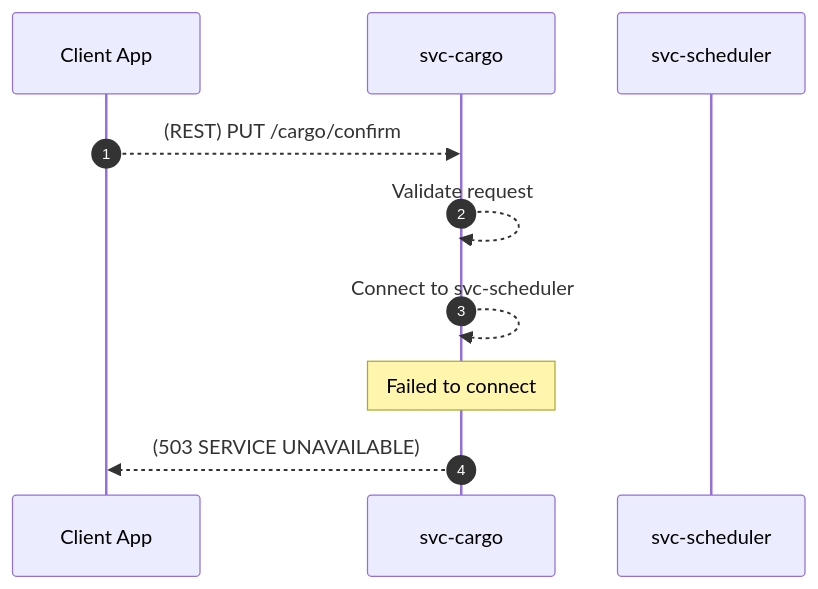
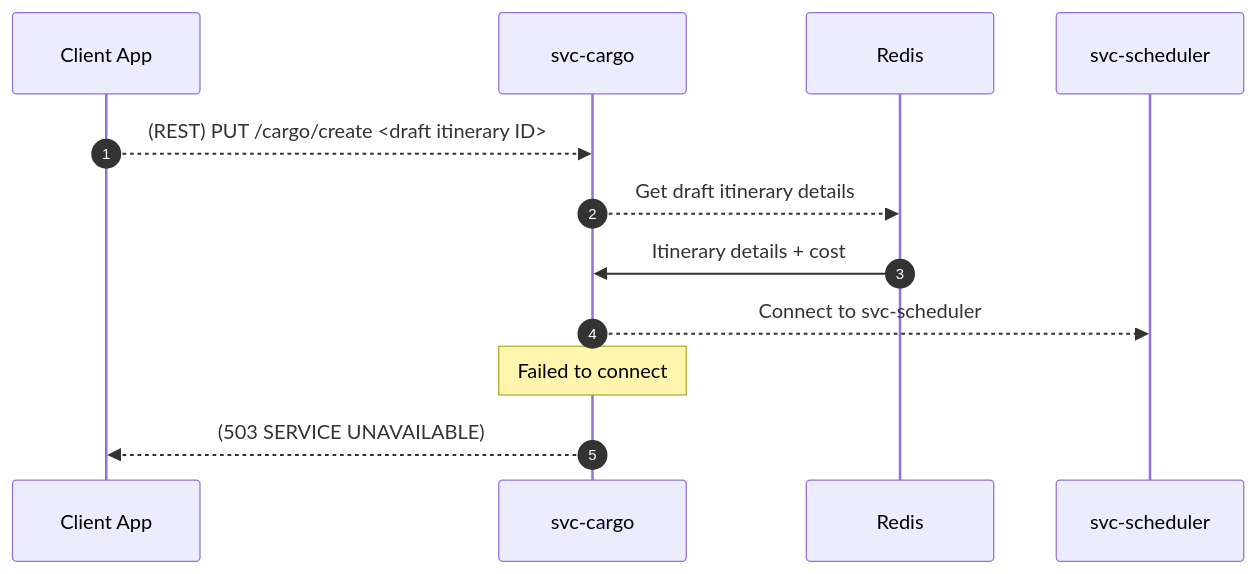
Before and after one commit to aetheric-oss/svc-cargo: diagram 12 of 25 in docs/sdd.md, drawn with Mermaid. The commit also changed other lines of this file and 24 other files, not shown here.

Commit message:
feat: add redis connection, update scheduler deps

````diff
--- a/docs/sdd.md
+++ b/docs/sdd.md
@@ -262,12 +284,14 @@
 ```mermaid
 sequenceDiagram
     autonumber
     participant client as Client App
     participant cargo as svc-cargo
+    participant redis as Redis
     participant scheduler as svc-scheduler
-    client-->>cargo: (REST) PUT /cargo/confirm
-    cargo-->>cargo: Validate request
-    cargo-->>cargo: Connect to svc-scheduler
+    client-->>cargo: (REST) PUT /cargo/create <draft itinerary ID>
+    cargo-->>redis: Get draft itinerary details
+    redis->>cargo: Itinerary details + cost
+    cargo-->>scheduler: Connect to svc-scheduler
     note over cargo: Failed to connect
     cargo-->>client: (503 SERVICE UNAVAILABLE)
 ```
````
